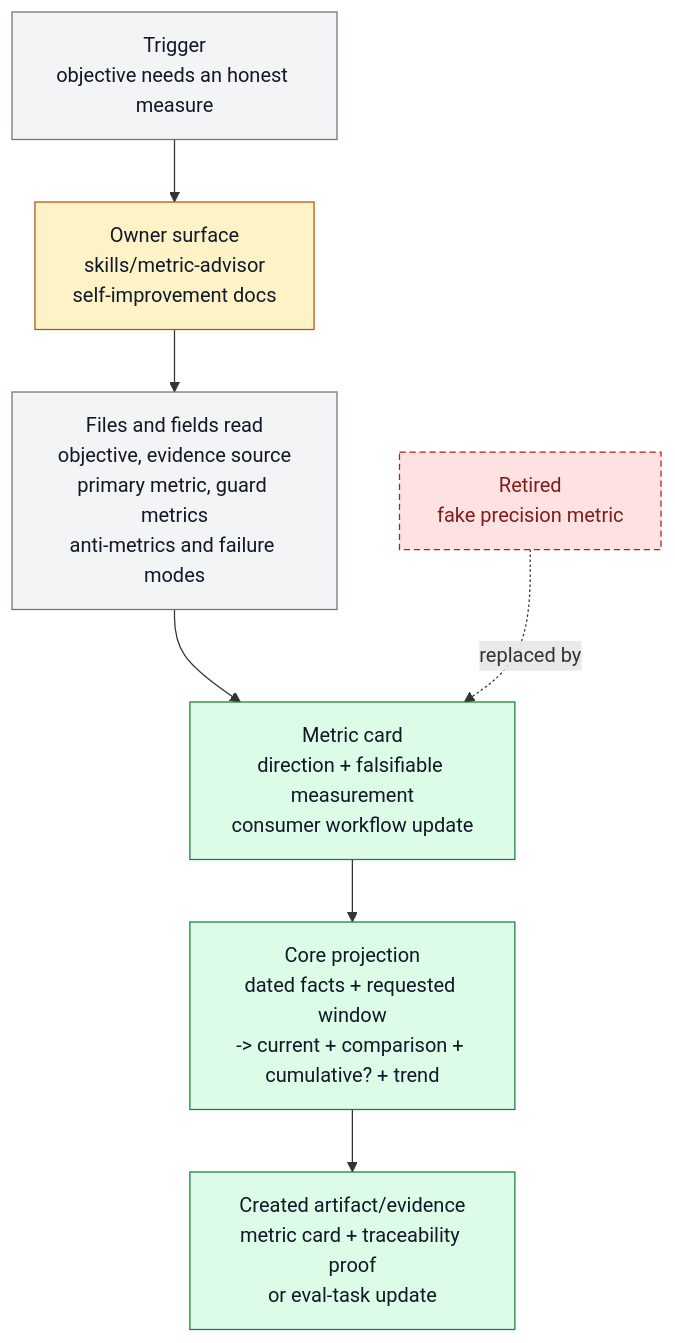
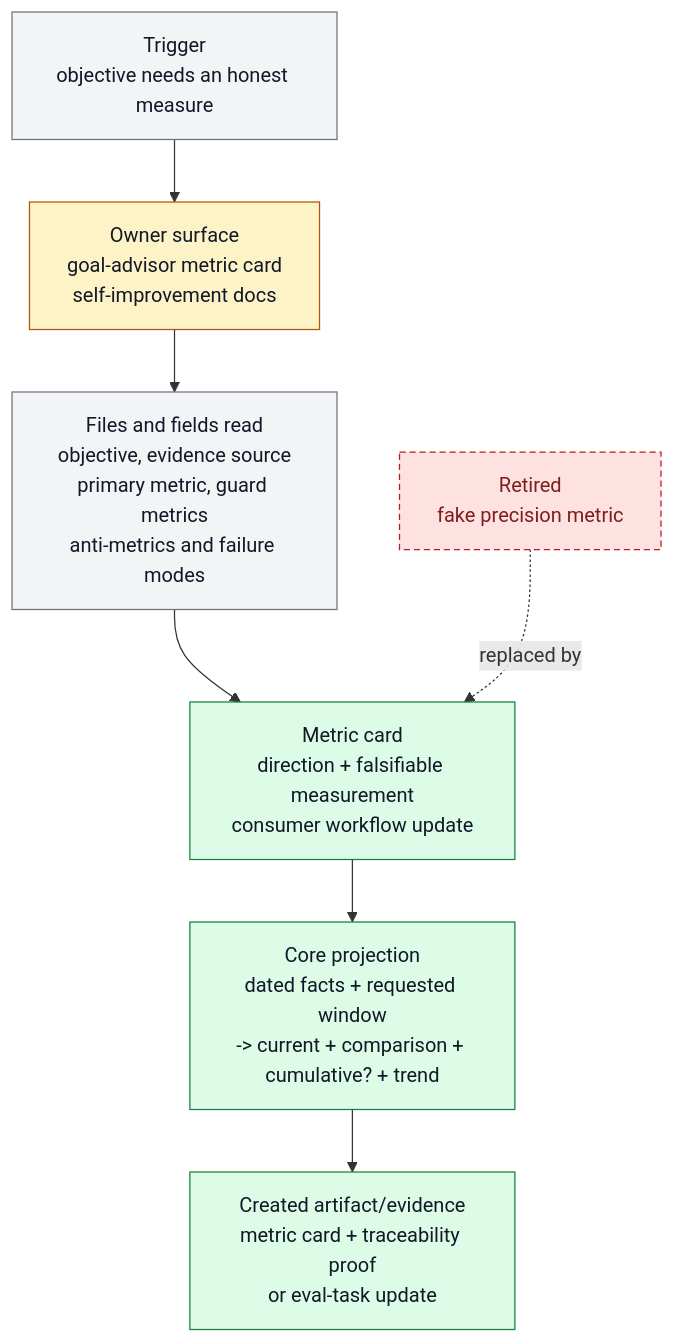
The diagram in docs/features/FEAT-0063-metric-advisor-cards.md (ZanarkandTechnologies/Farplane), drawn with Mermaid before and after one commit. The commit also changed other lines of this file and 377 other files, not shown here.

````diff
--- a/docs/features/FEAT-0063-metric-advisor-cards.md
+++ b/docs/features/FEAT-0063-metric-advisor-cards.md
@@ -109,18 +111,18 @@
 ```mermaid
 flowchart TD
   classDef keep fill:#f3f4f6,stroke:#6b7280,color:#111827
   classDef changed fill:#fef3c7,stroke:#b45309,color:#111827
   classDef added fill:#dcfce7,stroke:#15803d,color:#111827
   classDef retired fill:#fee2e2,stroke:#b91c1c,color:#7f1d1d,stroke-dasharray: 5 3
 
   trigger["Trigger<br/>objective needs an honest measure"]:::keep
-  owner["Owner surface<br/>skills/metric-advisor<br/>self-improvement docs"]:::changed
+  owner["Owner surface<br/>goal-advisor metric card<br/>self-improvement docs"]:::changed
   readers["Files and fields read<br/>objective, evidence source<br/>primary metric, guard metrics<br/>anti-metrics and failure modes"]:::keep
   card["Metric card<br/>direction + falsifiable measurement<br/>consumer workflow update"]:::added
   movement["Core projection<br/>dated facts + requested window<br/>-> current + comparison + cumulative? + trend"]:::added
   artifact["Created artifact/evidence<br/>metric card + traceability proof<br/>or eval-task update"]:::added
   old["Retired<br/>fake precision metric"]:::retired
 
   trigger --> owner --> readers --> card --> movement --> artifact
   old -. replaced by .-> card
 ```
````
